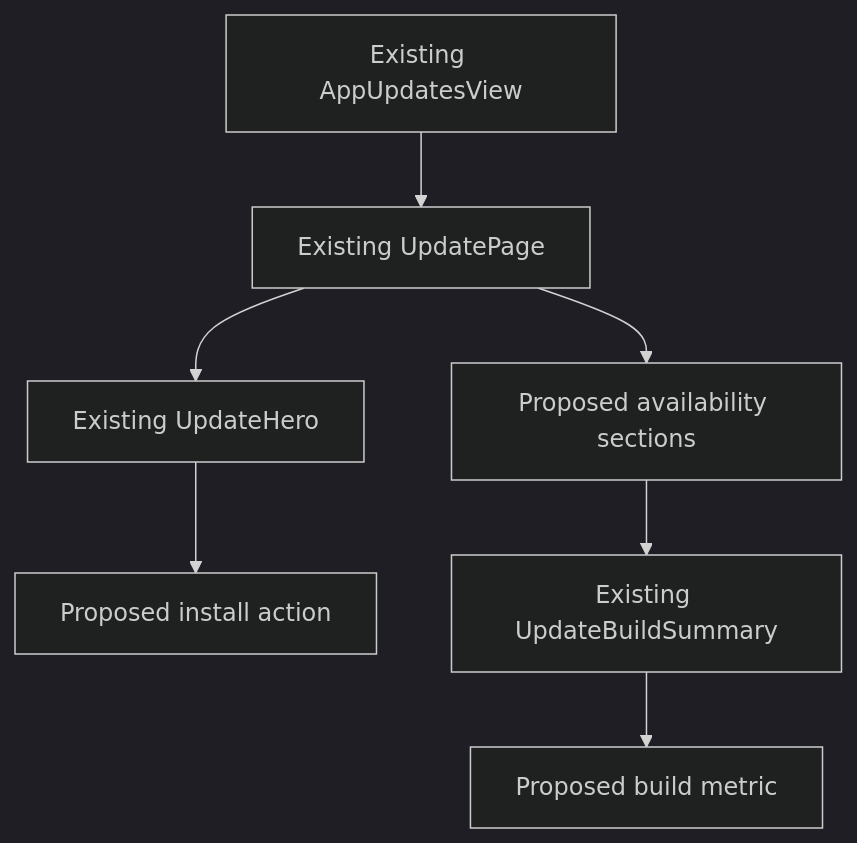
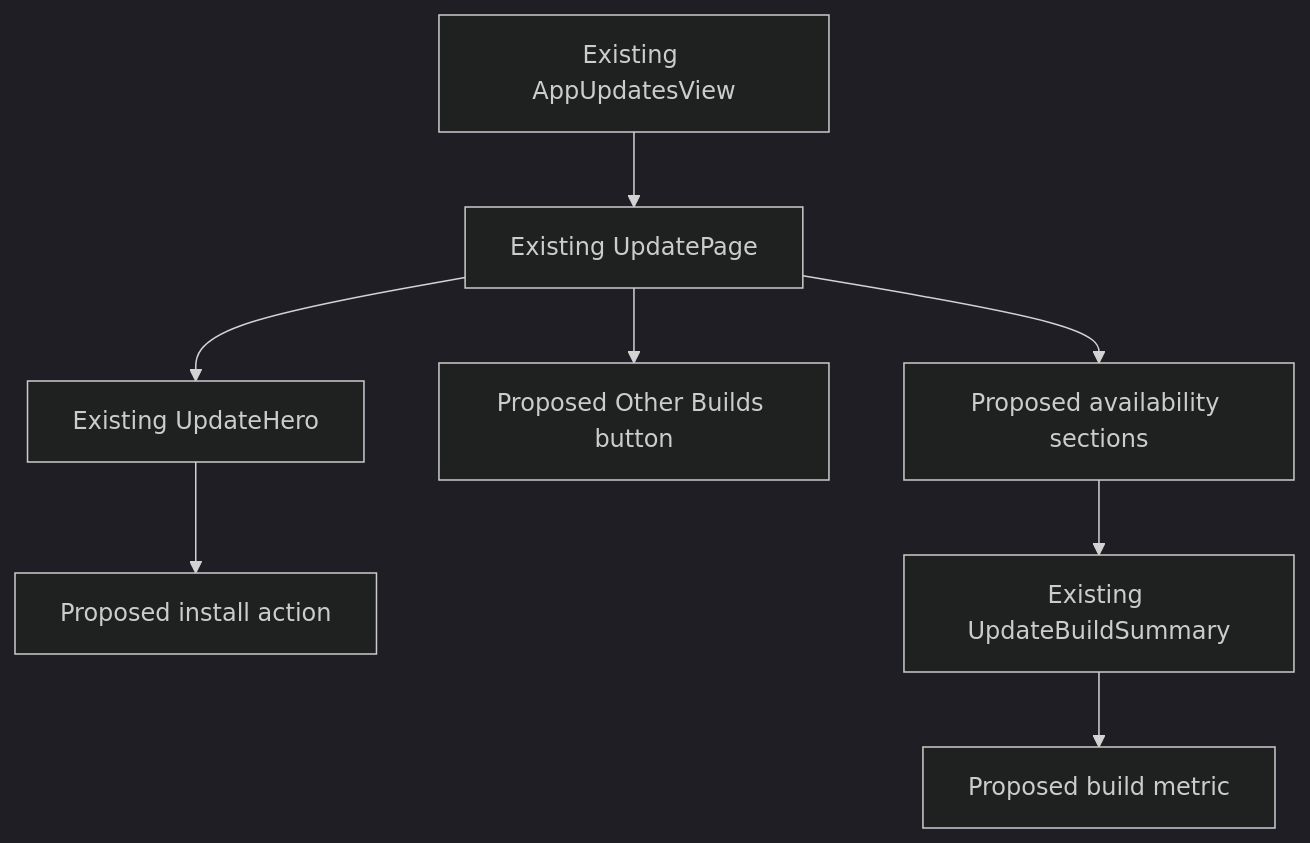
One commit to kyleve/Stuff changed the diagram in Plans/2026-11-27-swiftui-child-views/01-installer-pilot.md. Above: the diagram before and after it, drawn with Mermaid (dark theme). The commit also changed other lines of this file and 7 other files, not shown here.

````diff
--- a/Plans/2026-11-27-swiftui-child-views/01-installer-pilot.md
+++ b/Plans/2026-11-27-swiftui-child-views/01-installer-pilot.md
@@ -15,9 +15,10 @@
 ```mermaid
 flowchart TD
     Host["Existing AppUpdatesView"] --> Page["Existing UpdatePage"]
     Page --> Hero["Existing UpdateHero"]
     Hero --> Action["Proposed install action"]
+    Page --> Browse["Proposed Other Builds button"]
     Page --> Availability["Proposed availability sections"]
     Availability --> Summary["Existing UpdateBuildSummary"]
     Summary --> Metric["Proposed build metric"]
 ```
````
